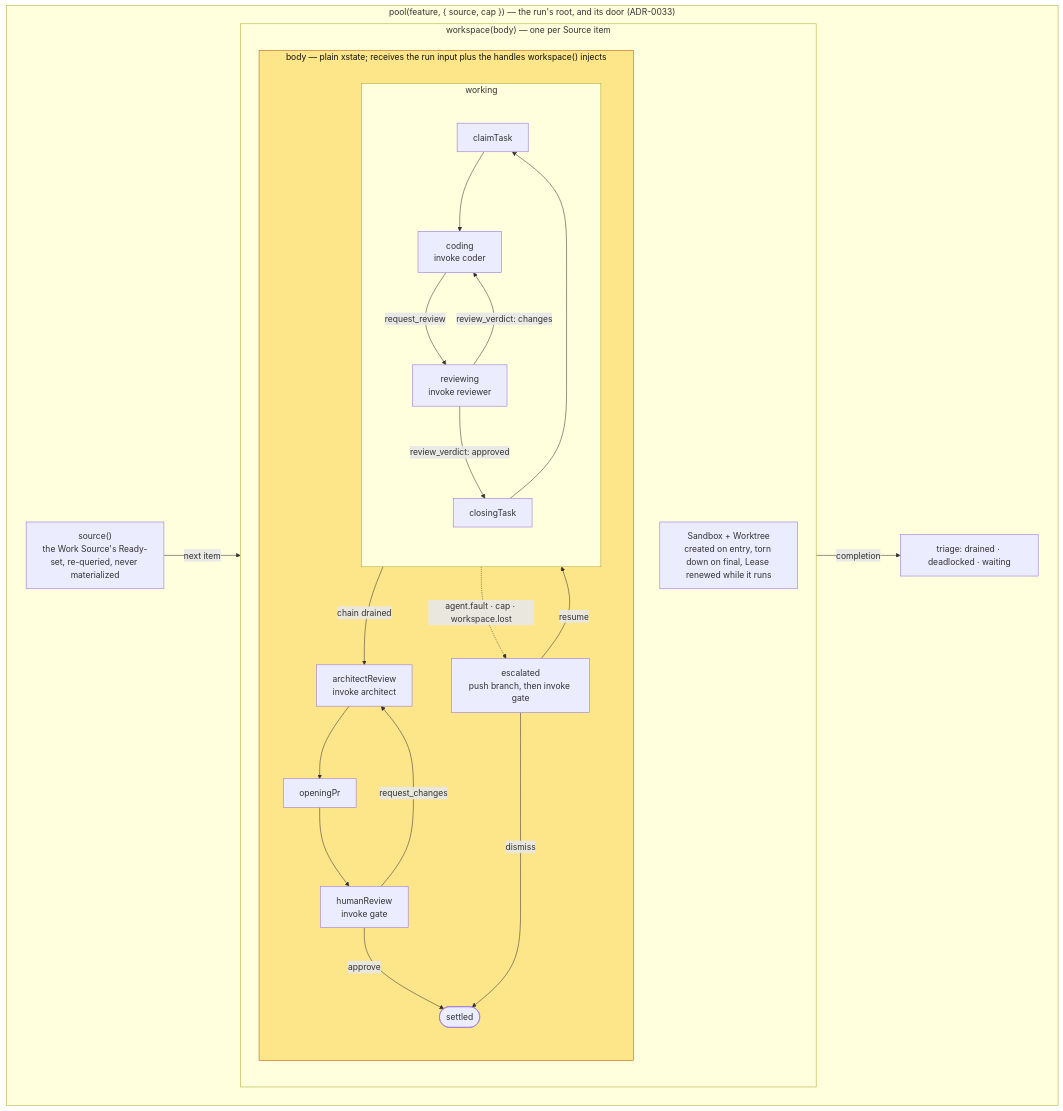
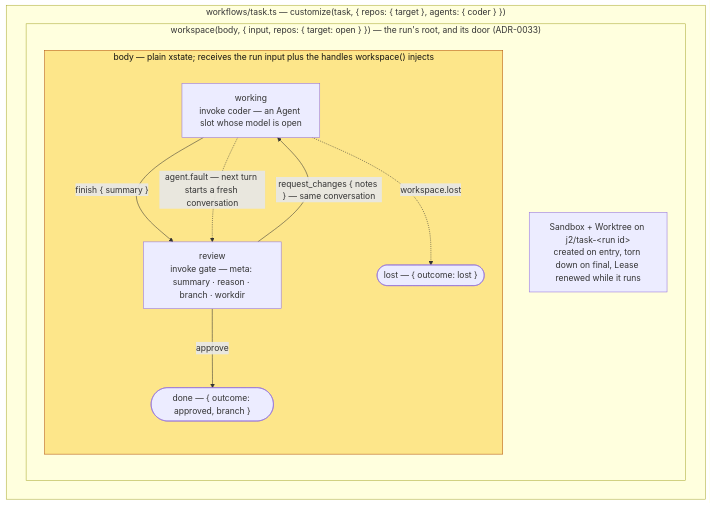
One commit to snapwich/jr2 changed the fourth of 4 diagrams in docs/architecture.md. Above: the diagram before and after it, drawn with Mermaid. The commit also changed other lines of this file and 47 other files, not shown here.

First line of the commit message:
feat: @j2/machines ships `task` with its parts Open; examples/ becomes templates/default (ADR-0054)

````diff
--- a/docs/architecture.md
+++ b/docs/architecture.md
@@ -242,34 +242,21 @@
 ```mermaid
 flowchart TB
-  subgraph pool["pool(feature, { source, cap }) — the run's root, and its door (ADR-0033)"]
-    src["source()<br/>the Work Source's Ready-set, re-queried, never materialized"]
-    triage["triage: drained · deadlocked · waiting"]
-
-    subgraph ws["workspace(body) — one per Source item"]
-      sbx["Sandbox + Worktree<br/>created on entry, torn down on final, Lease renewed while it runs"]
+  subgraph consumer["workflows/task.ts — customize(task, { repos: { target }, agents: { coder } })"]
+    subgraph ws["workspace(body, { input, repos: { target: open } }) — the run's root, and its door (ADR-0033)"]
+      sbx["Sandbox + Worktree on j2/task-&lt;run id&gt;<br/>created on entry, torn down on final, Lease renewed while it runs"]
 
       subgraph body["body — plain xstate; receives the run input plus the handles workspace() injects"]
         direction TB
-        subgraph working["working"]
-          claim["claimTask"] --> coding["coding<br/>invoke coder"]
-          coding -->|request_review| reviewing["reviewing<br/>invoke reviewer"]
-          reviewing -->|"review_verdict: changes"| coding
-          reviewing -->|"review_verdict: approved"| closing["closingTask"] --> claim
-        end
-        working -->|"chain drained"| arch["architectReview<br/>invoke architect"]
-        arch --> pr["openingPr"] --> human["humanReview<br/>invoke gate"]
-        human -->|approve| settled(["settled"])
-        human -->|request_changes| arch
-        working -.->|"agent.fault · cap · workspace.lost"| esc["escalated<br/>push branch, then invoke gate"]
-        esc -->|resume| working
-        esc -->|dismiss| settled
+        working["working<br/>invoke coder — an Agent slot whose model is open"]
+        working -->|"finish { summary }"| review["review<br/>invoke gate — meta: summary · reason · branch · workdir"]
+        working -.->|"agent.fault — next turn starts a fresh conversation"| review
+        review -->|"request_changes { notes } — same conversation"| working
+        review -->|approve| done(["done — { outcome: approved, branch }"])
+        working -.->|workspace.lost| lost(["lost — { outcome: lost }"])
       end
     end
-
-    src -->|"next item"| ws
-    ws -->|"completion"| triage
   end
 
   classDef author fill:#fde68a,stroke:#b45309,color:#111
   class body author
 ```
````
